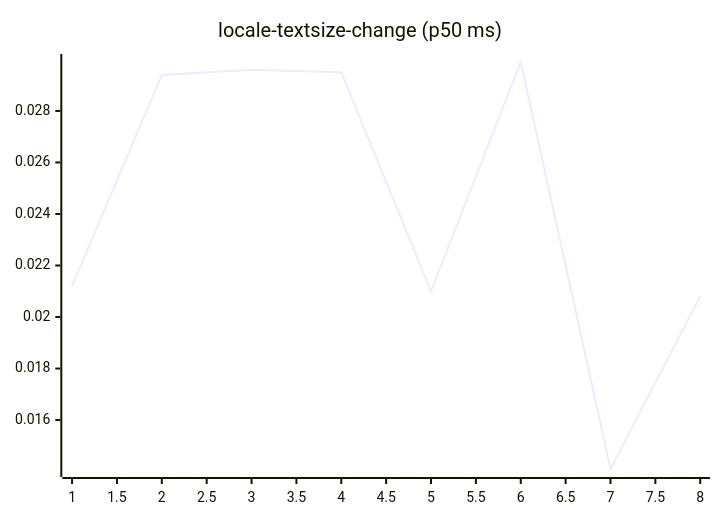
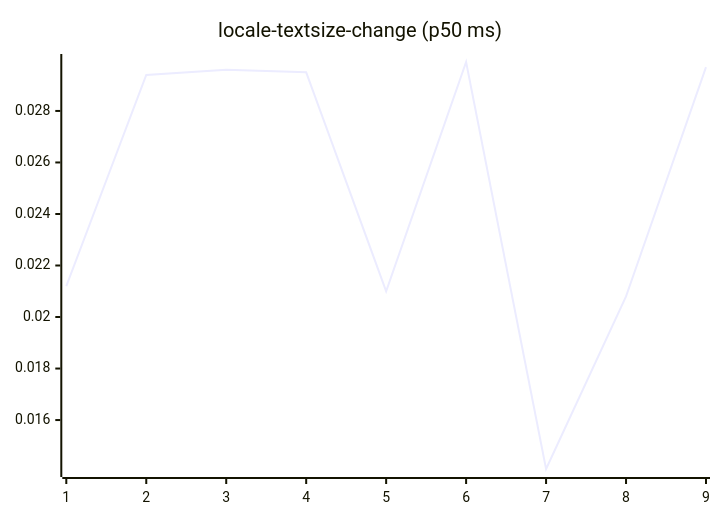
Diagram 13 of 27 in README.md (josha/Facet), drawn with Mermaid before and after one commit. The commit also changed other lines of this file and 2 other files, not shown here.

````diff
--- a/README.md
+++ b/README.md
@@ -147,6 +147,6 @@
 ```mermaid
 xychart-beta
     title "locale-textsize-change (p50 ms)"
-    x-axis 1 --> 8
-    line [0.0212, 0.0294, 0.0296, 0.0295, 0.0210, 0.0299, 0.0141, 0.0208]
+    x-axis 1 --> 9
+    line [0.0212, 0.0294, 0.0296, 0.0295, 0.0210, 0.0299, 0.0141, 0.0208, 0.0297]
 ```
````
